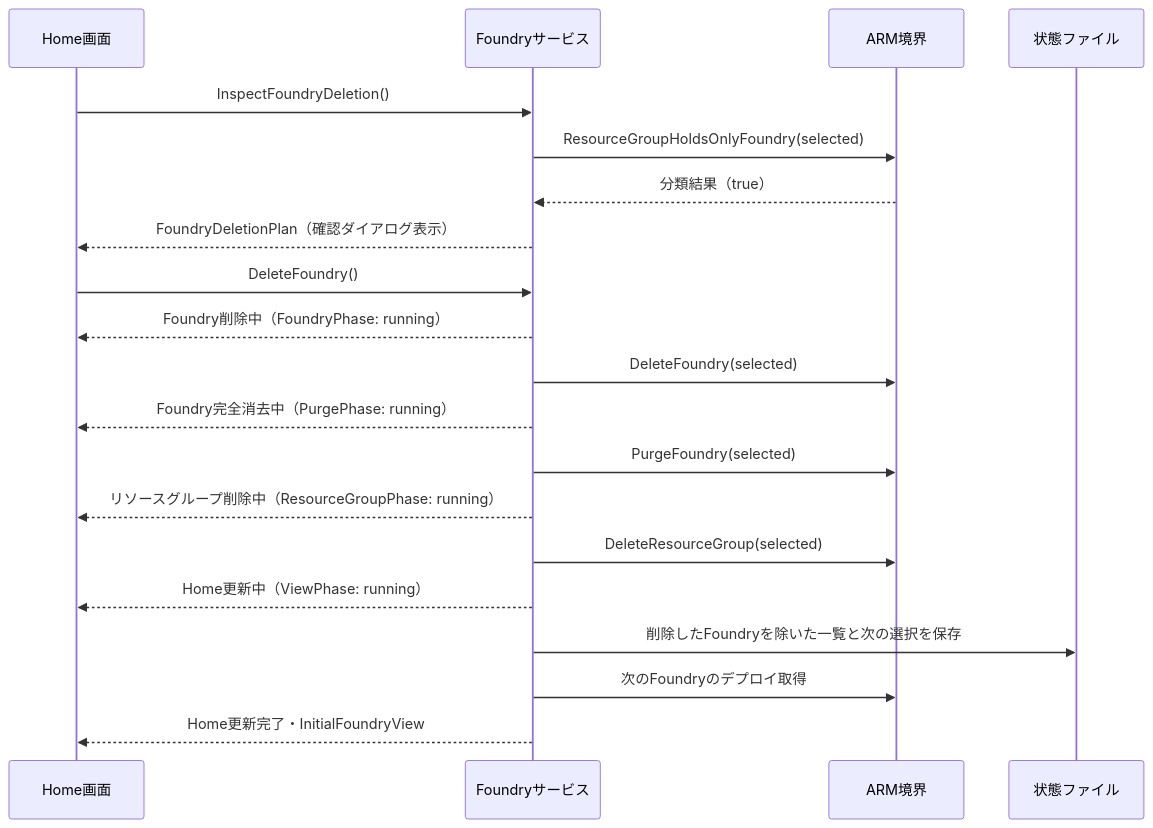
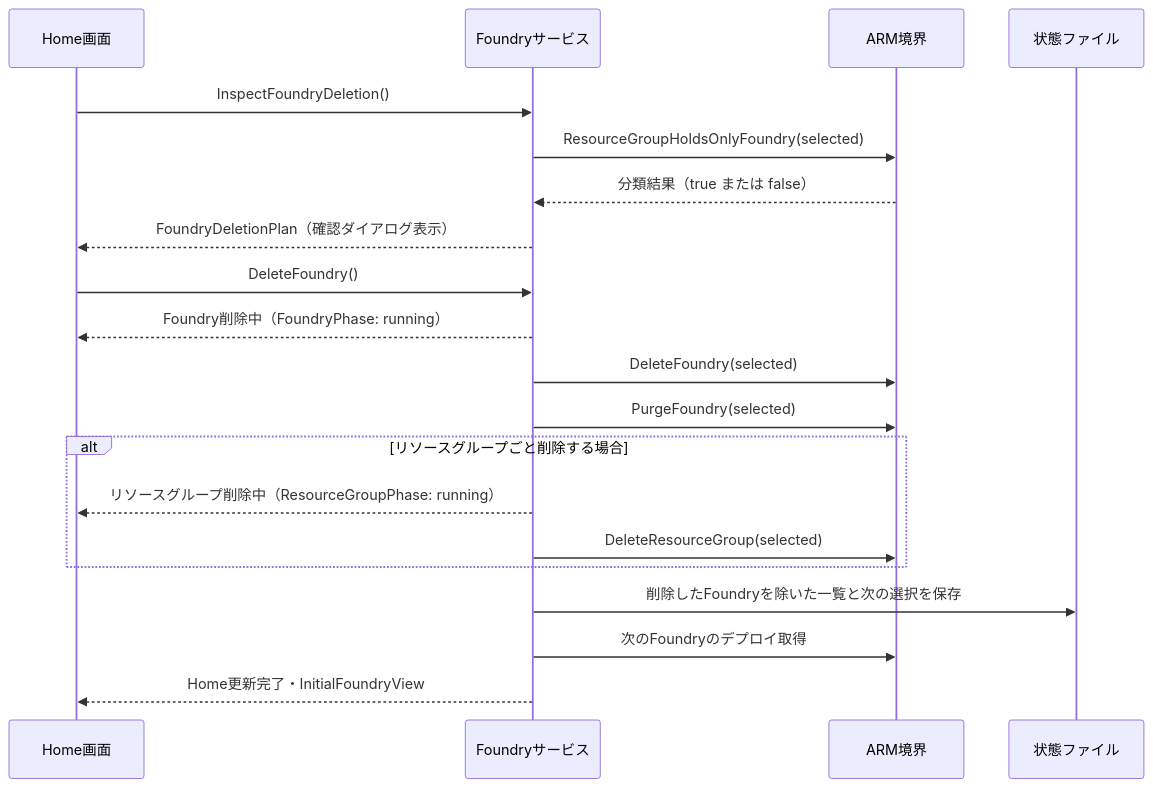
Before and after one commit to nuitsjp/azfoundry-deck: the seventh of 7 diagrams in docs/design/UCP-1.md, drawn with Mermaid. The commit also changed other lines of this file and 5 other files, not shown here.

````diff
--- a/docs/design/UCP-1.md
+++ b/docs/design/UCP-1.md
@@ -282,22 +282,22 @@
 ```mermaid
 sequenceDiagram
   participant U as Home画面
   participant S as Foundryサービス
   participant A as ARM境界
   participant F as 状態ファイル
   U->>S: InspectFoundryDeletion()
   S->>A: ResourceGroupHoldsOnlyFoundry(selected)
-  A-->>S: 分類結果（true）
+  A-->>S: 分類結果（true または false）
   S-->>U: FoundryDeletionPlan（確認ダイアログ表示）
   U->>S: DeleteFoundry()
   S-->>U: Foundry削除中（FoundryPhase: running）
   S->>A: DeleteFoundry(selected)
-  S-->>U: Foundry完全消去中（PurgePhase: running）
   S->>A: PurgeFoundry(selected)
-  S-->>U: リソースグループ削除中（ResourceGroupPhase: running）
-  S->>A: DeleteResourceGroup(selected)
-  S-->>U: Home更新中（ViewPhase: running）
+  alt リソースグループごと削除する場合
+    S-->>U: リソースグループ削除中（ResourceGroupPhase: running）
+    S->>A: DeleteResourceGroup(selected)
+  end
   S->>F: 削除したFoundryを除いた一覧と次の選択を保存
   S->>A: 次のFoundryのデプロイ取得
   S-->>U: Home更新完了・InitialFoundryView
 ```
````
